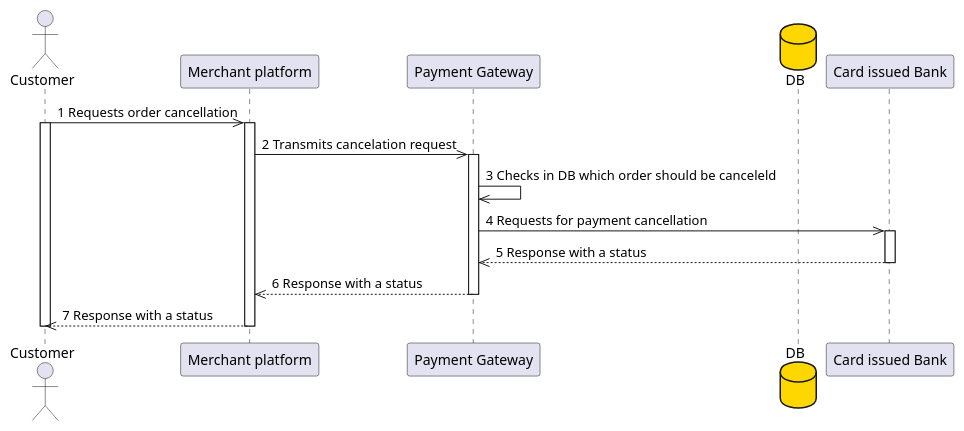
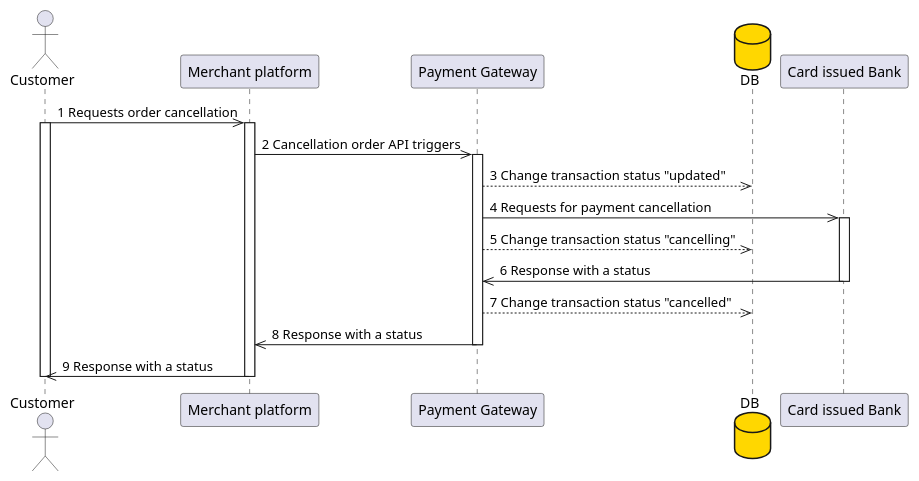
The diagram in .idea/src/main/OpenApi/4.1.3 Purchase cancellation/purchase cancellation.puml (Hello-Stella/Solutions), drawn with PlantUML before and after one commit. The commit also changed 1 other file, not shown here.

```diff
--- a/.idea/src/main/OpenApi/4.1.3 Purchase cancellation/purchase cancellation.puml
+++ b/.idea/src/main/OpenApi/4.1.3 Purchase cancellation/purchase cancellation.puml
@@ -1,26 +1,28 @@
 @startuml
 
 actor "Customer" as A
 participant "Merchant platform" as B
 participant "Payment Gateway" as C
 database DB  #gold
 participant "Card issued Bank" as H
 
 "A" ->> "B": 1 Requests order cancellation
 Activate A
 Activate B
-"B" ->> "C": 2 Transmits cancelation request
+"B" ->> "C": 2 Cancellation order API triggers
 Activate C
-"C" ->> "C": 3 Checks in DB which order should be canceleld
+"C" -->> DB: 3 Change transaction status "updated"
 "C" ->> "H": 4 Requests for payment cancellation
 Activate H
-"C" <<-- "H": 5 Response with a status
+"C" -->> DB: 5 Change transaction status "cancelling"
+"C" <<- "H": 6 Response with a status
 Deactivate H
-"B" <<-- "C": 6 Response with a status
+"C" -->> DB: 7 Change transaction status "cancelled"
+"B" <<- "C": 8 Response with a status
 Deactivate C
-"A" <<-- "B": 7 Response with a status
+"A" <<- "B": 9 Response with a status
 Deactivate B
 Deactivate A
 
 
 @enduml
```
